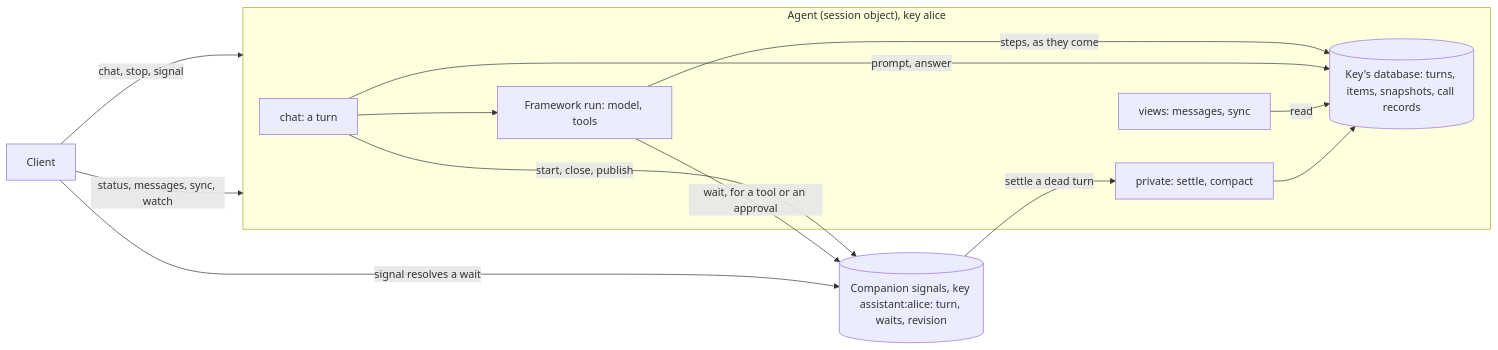
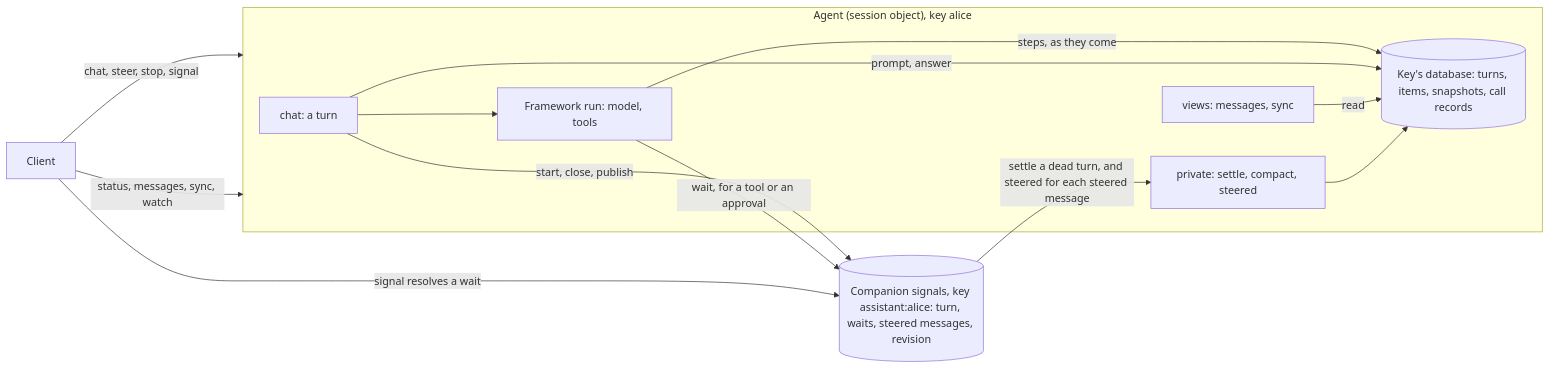
One commit to restatedev/sdk-python changed the diagram in docs/agents/README.md. Above: the diagram before and after it, drawn with Mermaid. The commit also changed other lines of this file and 35 other files, not shown here.

First line of the commit message:
Agents: steering, a message joins the turn being answered at its next step (#301)

````diff
--- a/docs/agents/README.md
+++ b/docs/agents/README.md
@@ -37,17 +42,17 @@
 ```mermaid
 flowchart LR
-  C[Client] -- "chat, stop, signal" --> A
+  C[Client] -- "chat, steer, stop, signal" --> A
   C -- "status, messages, sync, watch" --> A
   subgraph A["Agent (session object), key alice"]
     H["chat: a turn"] --> F["Framework run: model, tools"]
     F -- "steps, as they come" --> T
     H -- "prompt, answer" --> T
     T[("Key's database: turns, items, snapshots, call records")]
     V["views: messages, sync"] -- read --> T
-    X["private: settle, compact"] --> T
+    X["private: settle, compact, steered"] --> T
   end
-  H -- "start, close, publish" --> S[("Companion signals, key assistant:alice: turn, waits, revision")]
+  H -- "start, close, publish" --> S[("Companion signals, key assistant:alice: turn, waits, steered messages, revision")]
   F -- "wait, for a tool or an approval" --> S
   C -- "signal resolves a wait" --> S
-  S -- "settle a dead turn" --> X
+  S -- "settle a dead turn, and steered for each steered message" --> X
 ```
````
